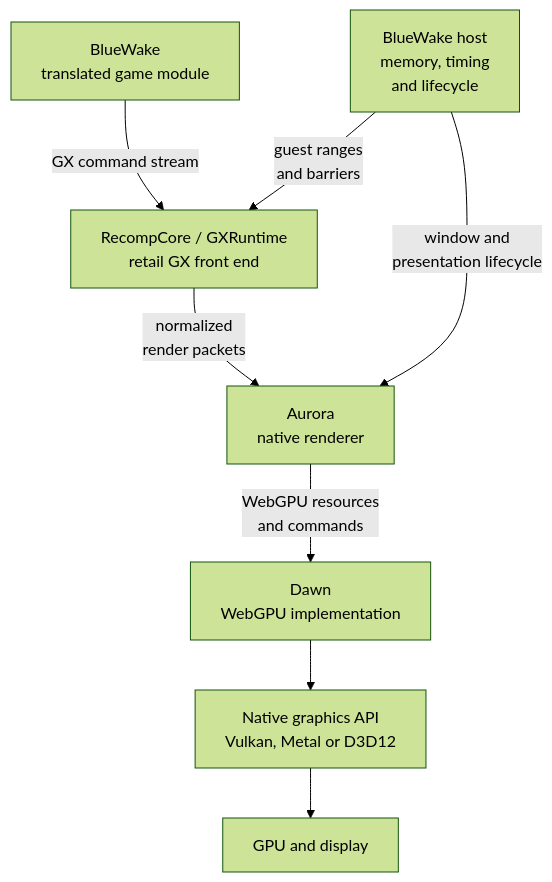
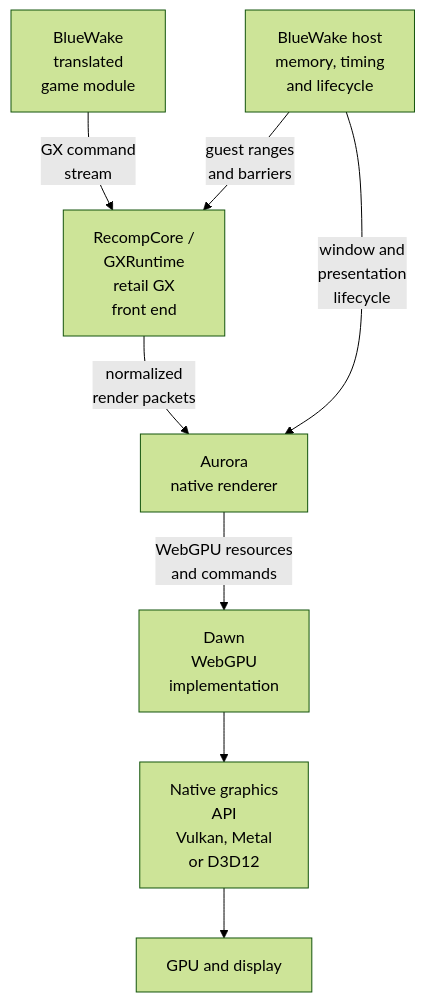
The first of 11 diagrams in docs/architecture/Graphics.md (Aelbannan/boat_of_daphnes), drawn with Mermaid (forest theme) before and after one commit. The commit also changed other lines of this file, not shown here.

Commit message:
Wrap Graphics labels more tightly

````diff
--- a/docs/architecture/Graphics.md
+++ b/docs/architecture/Graphics.md
@@ -56,17 +56,17 @@
 ```mermaid
 flowchart TD
-    Game["BlueWake<br>translated game module"]
+    Game["BlueWake<br>translated<br>game module"]
     Host["BlueWake host<br>memory, timing<br>and lifecycle"]
-    GX["RecompCore / GXRuntime<br>retail GX front end"]
+    GX["RecompCore /<br>GXRuntime<br>retail GX<br>front end"]
     Aurora["Aurora<br>native renderer"]
-    Dawn["Dawn<br>WebGPU implementation"]
-    API["Native graphics API<br>Vulkan, Metal or D3D12"]
+    Dawn["Dawn<br>WebGPU<br>implementation"]
+    API["Native graphics<br>API<br>Vulkan, Metal<br>or D3D12"]
     GPU["GPU and display"]
 
-    Game -->|"GX command stream"| GX
+    Game -->|"GX command<br>stream"| GX
     Host -->|"guest ranges<br>and barriers"| GX
     GX -->|"normalized<br>render packets"| Aurora
-    Host -->|"window and<br>presentation lifecycle"| Aurora
+    Host -->|"window and<br>presentation<br>lifecycle"| Aurora
     Aurora -->|"WebGPU resources<br>and commands"| Dawn
     Dawn --> API --> GPU
 ```
````
